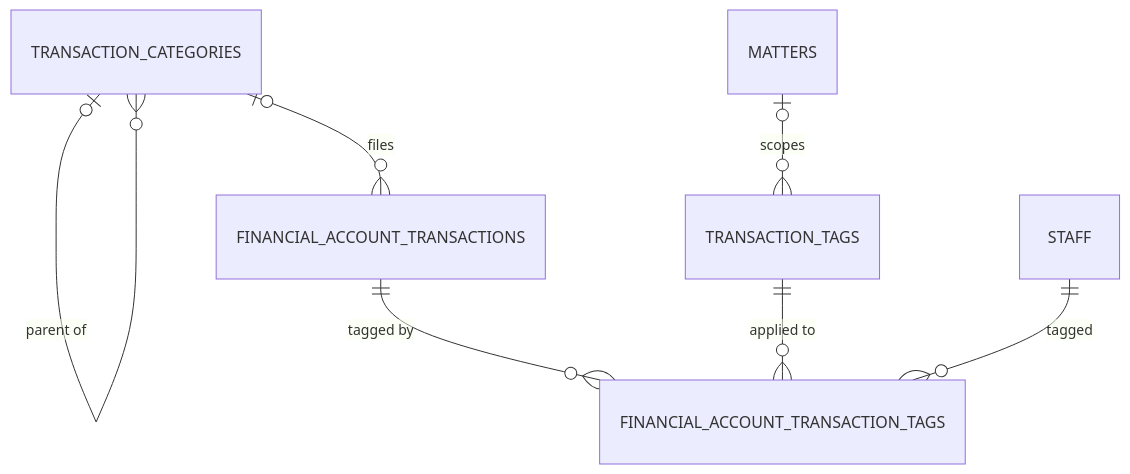
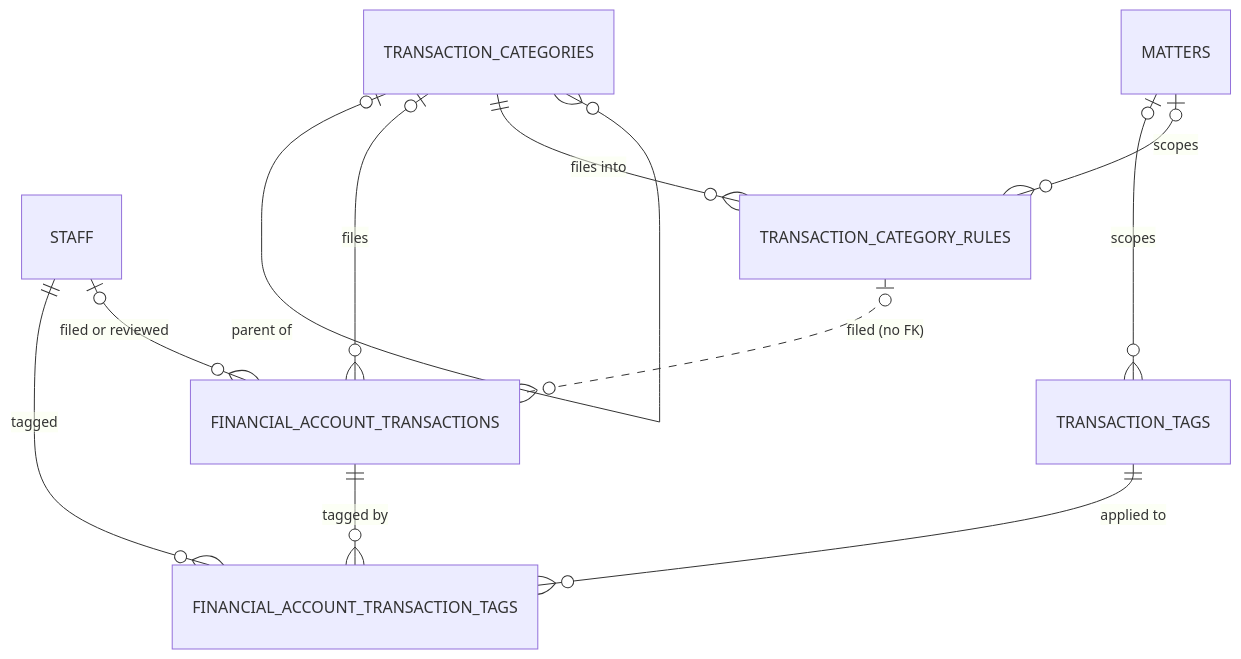
Before and after one commit to tjdaley/cyclone: the eighth of 9 diagrams in docs/erd.md, drawn with Mermaid. The commit also changed other lines of this file and 28 other files, not shown here.

````diff
--- a/docs/erd.md
+++ b/docs/erd.md
@@ -239,9 +240,13 @@
 ```mermaid
 erDiagram
     TRANSACTION_CATEGORIES              |o--o{ TRANSACTION_CATEGORIES : "parent of"
     TRANSACTION_CATEGORIES              |o--o{ FINANCIAL_ACCOUNT_TRANSACTIONS : "files"
     FINANCIAL_ACCOUNT_TRANSACTIONS      ||--o{ FINANCIAL_ACCOUNT_TRANSACTION_TAGS : "tagged by"
     TRANSACTION_TAGS                    ||--o{ FINANCIAL_ACCOUNT_TRANSACTION_TAGS : "applied to"
     MATTERS                             |o--o{ TRANSACTION_TAGS : "scopes"
     STAFF                               ||--o{ FINANCIAL_ACCOUNT_TRANSACTION_TAGS : "tagged"
+    TRANSACTION_CATEGORIES              ||--o{ TRANSACTION_CATEGORY_RULES : "files into"
+    MATTERS                             |o--o{ TRANSACTION_CATEGORY_RULES : "scopes"
+    TRANSACTION_CATEGORY_RULES          |o..o{ FINANCIAL_ACCOUNT_TRANSACTIONS : "filed (no FK)"
+    STAFF                               |o--o{ FINANCIAL_ACCOUNT_TRANSACTIONS : "filed or reviewed"
 ```
````
